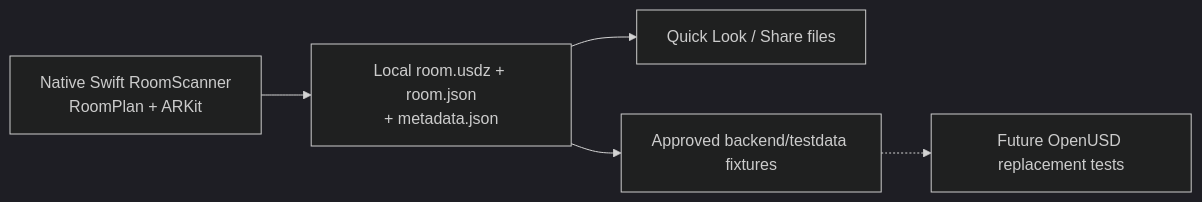
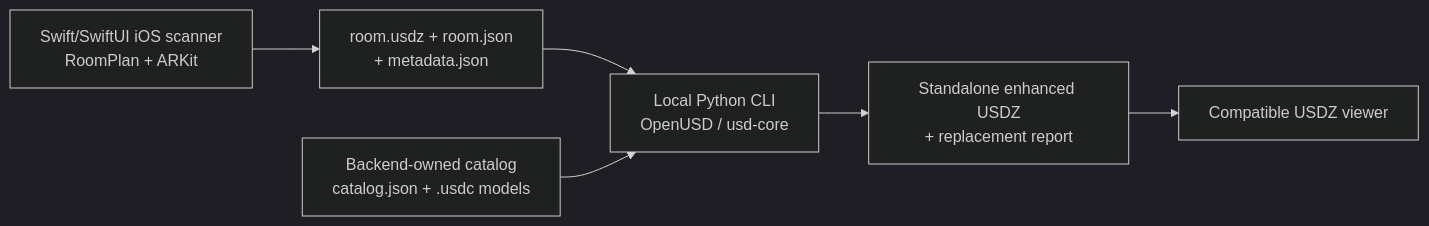
Before and after one commit to Jonas-Maihoefer/room-twin: the first of 2 diagrams in docs/architecture/system-flow.md, drawn with Mermaid (dark theme). The commit also changed other lines of this file and 93 other files, not shown here.

Commit message:
docs(backend): finalize USD replacement migration

```diff
--- a/docs/architecture/system-flow.md
+++ b/docs/architecture/system-flow.md
@@ -7,7 +7,8 @@
 ~~~mermaid
 flowchart LR
-    A["Native Swift RoomScanner\nRoomPlan + ARKit"] --> B["Local room.usdz + room.json\n+ metadata.json"]
-    B --> C["Quick Look / Share files"]
-    B --> D["Approved backend/testdata fixtures"]
-    D -.-> E["Future OpenUSD replacement tests"]
+    A["Swift/SwiftUI iOS scanner<br/>RoomPlan + ARKit"] --> B["room.usdz + room.json<br/>+ metadata.json"]
+    B --> C["Local Python CLI<br/>OpenUSD / usd-core"]
+    M["Backend-owned catalog<br/>catalog.json + .usdc models"] --> C
+    C --> D["Standalone enhanced USDZ<br/>+ replacement report"]
+    D --> E["Compatible USDZ viewer"]
 ~~~
```
